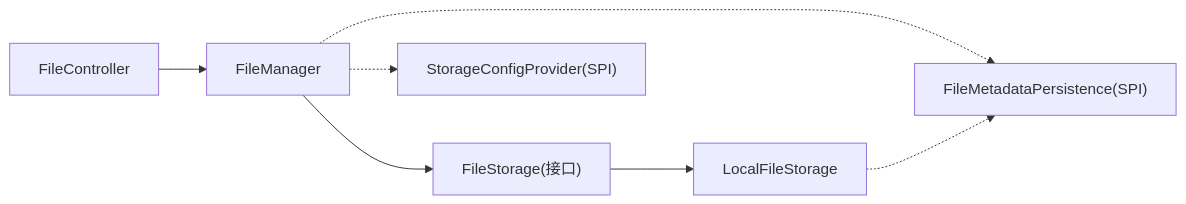
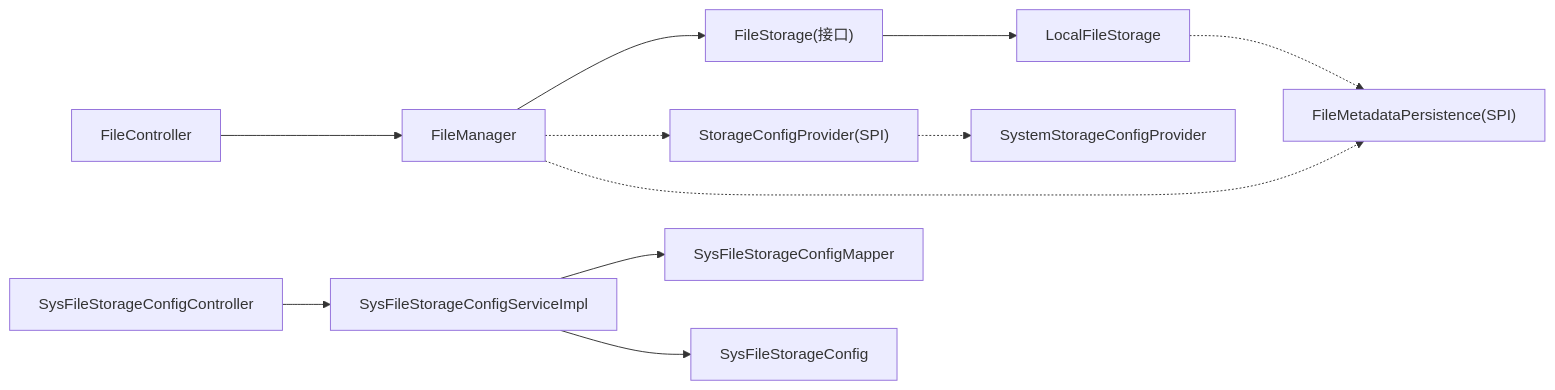
Before and after one commit to yaomindong1996/forge-admin: the fifth of 7 diagrams in .qoder/repowiki/zh/content/后端框架详解/存储模块/存储模块.md, drawn with Mermaid. The commit also changed other lines of this file and 76 other files, not shown here.

````diff
--- a/.qoder/repowiki/zh/content/后端框架详解/存储模块/存储模块.md
+++ b/.qoder/repowiki/zh/content/后端框架详解/存储模块/存储模块.md
@@ -271,9 +351,13 @@
 ```mermaid
 graph LR
 FC["FileController"] --> FM["FileManager"]
 FM --> FS["FileStorage(接口)"]
 FS --> LFS["LocalFileStorage"]
 FM -.-> SCP["StorageConfigProvider(SPI)"]
+SCP -.-> SSCP["SystemStorageConfigProvider"]
 FM -.-> FMP["FileMetadataPersistence(SPI)"]
 LFS -.-> FMP
+SCC["SysFileStorageConfigController"] --> SCS["SysFileStorageConfigServiceImpl"]
+SCS --> SCM["SysFileStorageConfigMapper"]
+SCS --> SCE["SysFileStorageConfig"]
 ```
````
